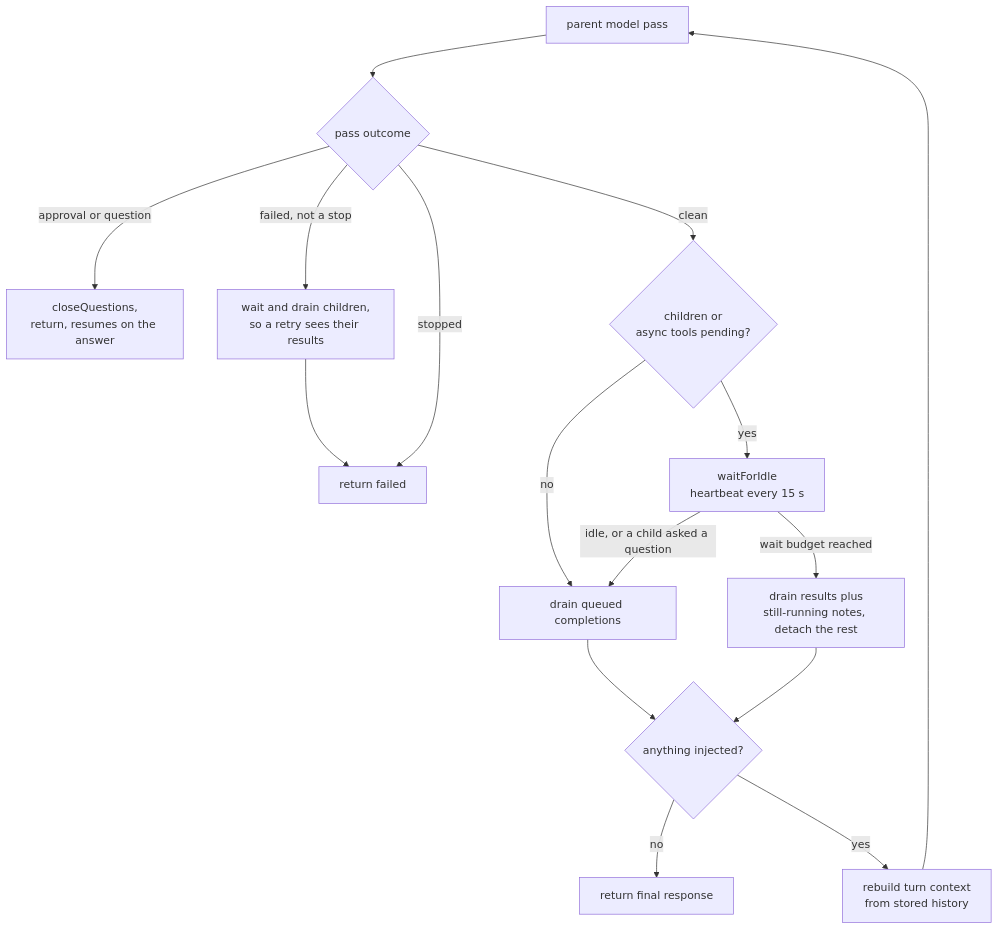
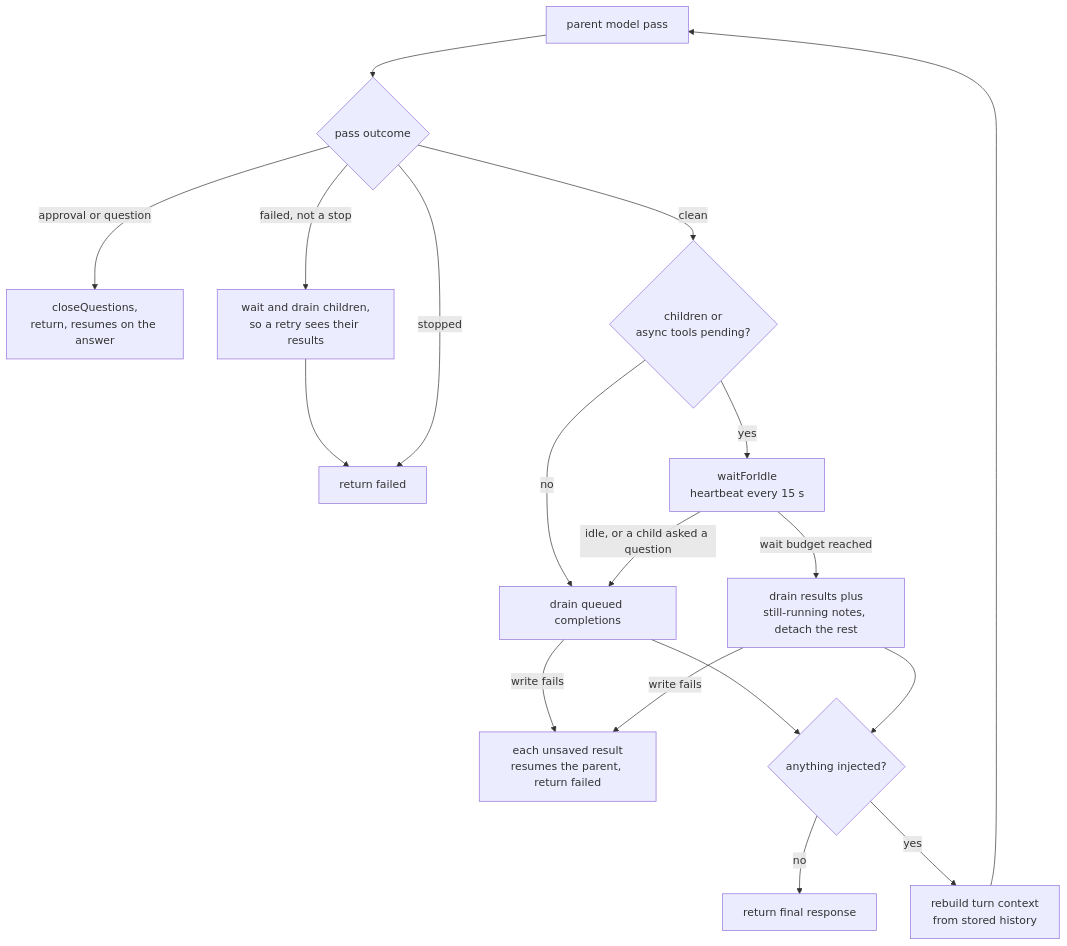
One commit to beeblastco/broods changed the first of 7 diagrams in apps/docs/docs/internals/subagents.md. Above: the diagram before and after it, drawn with Mermaid. The commit also changed other lines of this file and 7 other files, not shown here.

First line of the commit message:
A pass's failed last write resumes the parent with every result it would have lost (#1100)

````diff
--- a/apps/docs/docs/internals/subagents.md
+++ b/apps/docs/docs/internals/subagents.md
@@ -19,18 +19,20 @@
 ```mermaid
 flowchart TD
   Pass["parent model pass"] --> Out{"pass outcome"}
   Out -->|"approval or question"| Park["closeQuestions,<br/>return, resumes on the answer"]
   Out -->|"failed, not a stop"| Keep["wait and drain children,<br/>so a retry sees their results"]
   Keep --> Failed["return failed"]
   Out -->|"stopped"| Failed
   Out -->|"clean"| Pend{"children or<br/>async tools pending?"}
   Pend -->|"no"| Drain["drain queued completions"]
   Pend -->|"yes"| Wait["waitForIdle<br/>heartbeat every 15 s"]
   Wait -->|"idle, or a child asked a question"| Drain
   Wait -->|"wait budget reached"| Timeout["drain results plus<br/>still-running notes, detach the rest"]
+  Drain -->|"write fails"| Lost["each unsaved result<br/>resumes the parent, return failed"]
+  Timeout -->|"write fails"| Lost
   Drain --> Inj{"anything injected?"}
   Timeout --> Inj
   Inj -->|"no"| Done["return final response"]
   Inj -->|"yes"| Rebuild["rebuild turn context<br/>from stored history"]
   Rebuild --> Pass
 ```
````
